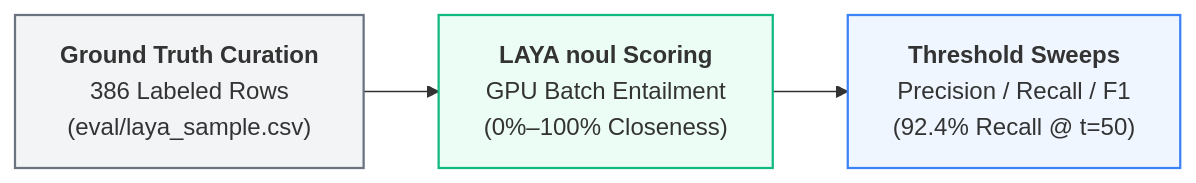
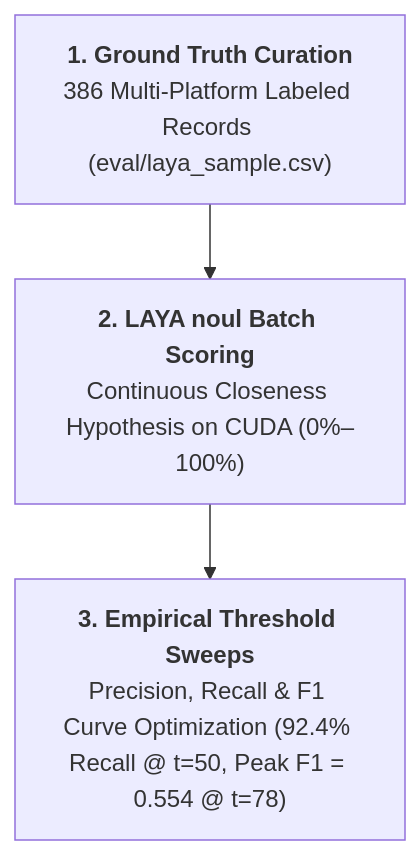
One commit to jacob-cob-null/scrape_silica changed the second of 2 diagrams in README.md. Above: the diagram before and after it, drawn with Mermaid. The commit also changed other lines of this file and 6 other files, not shown here.

First line of the commit message:
docs(readme,eval): fix diagram readability, update model plot, and add corpus distribution chart

````diff
--- a/README.md
+++ b/README.md
@@ -34,8 +28,5 @@
 ```mermaid
-flowchart LR
-    A["<b>Ground Truth Curation</b><br/>386 Labeled Rows<br/>(eval/laya_sample.csv)"] --> B["<b>LAYA noul Scoring</b><br/>GPU Batch Entailment<br/>(0%–100% Closeness)"] --> C["<b>Threshold Sweeps</b><br/>Precision / Recall / F1<br/>(92.4% Recall @ t=50)"]
-
-    style A fill:#f3f4f6,stroke:#6b7280,stroke-width:1.5px
-    style B fill:#ecfdf5,stroke:#10b981,stroke-width:1.5px
-    style C fill:#eff6ff,stroke:#3b82f6,stroke-width:1.5px
+flowchart TD
+    A["<b>1. Ground Truth Curation</b><br/>386 Multi-Platform Labeled Records (eval/laya_sample.csv)"] --> B["<b>2. LAYA noul Batch Scoring</b><br/>Continuous Closeness Hypothesis on CUDA (0%–100%)"]
+    B --> C["<b>3. Empirical Threshold Sweeps</b><br/>Precision, Recall & F1 Curve Optimization (92.4% Recall @ t=50, Peak F1 = 0.554 @ t=78)"]
 ```
````
